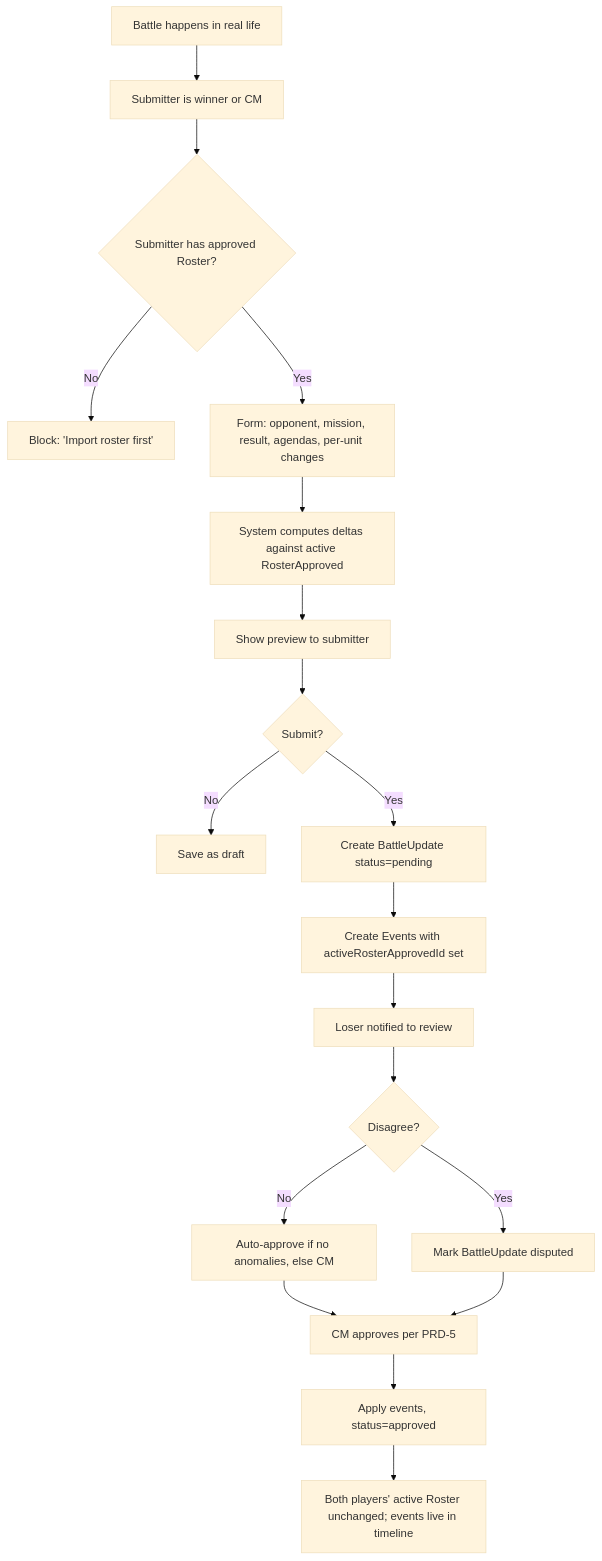
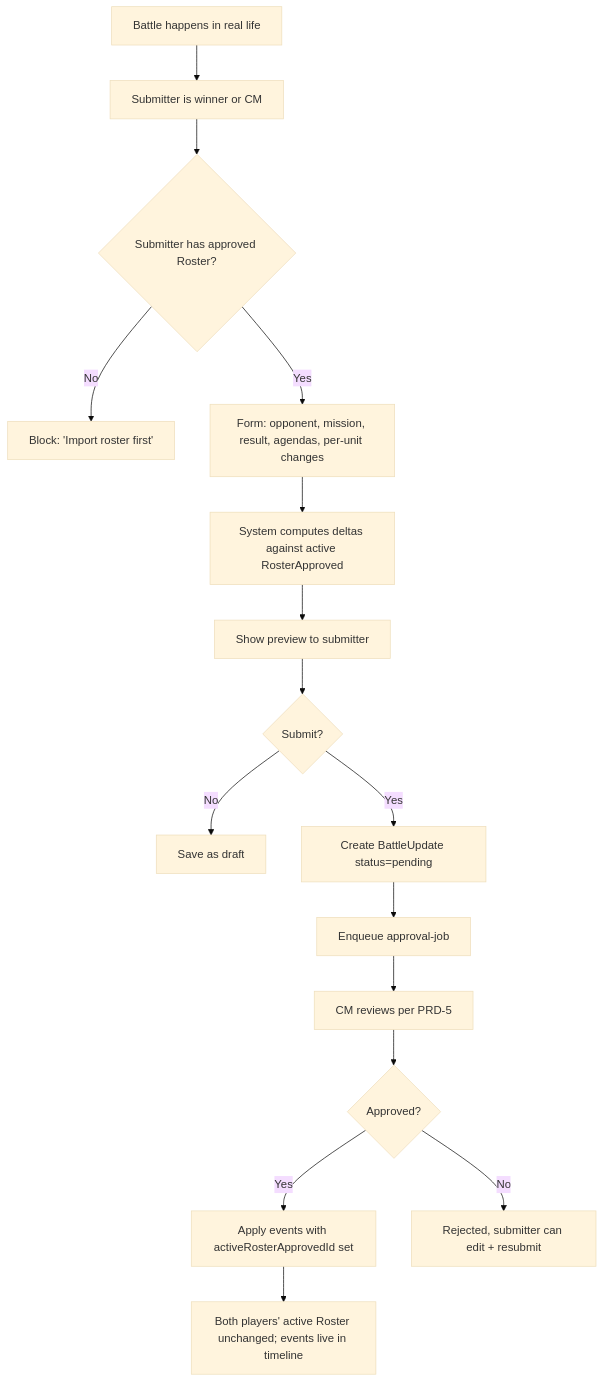
The first of 3 diagrams in prd-4-events-deltas.md (kaykayyali/crusade-master-prds), drawn with Mermaid (base theme) before and after one commit. The commit also changed other lines of this file and 12 other files, not shown here.

````diff
--- a/prd-4-events-deltas.md
+++ b/prd-4-events-deltas.md
@@ -124,21 +127,18 @@
 ```mermaid
 flowchart TD
     A[Battle happens in real life] --> B[Submitter is winner or CM]
     B --> C{Submitter has approved Roster?}
     C -->|No| D[Block: 'Import roster first']
     C -->|Yes| E[Form: opponent, mission, result, agendas, per-unit changes]
     E --> F[System computes deltas against active RosterApproved]
     F --> G[Show preview to submitter]
     G --> H{Submit?}
     H -->|No| I[Save as draft]
     H -->|Yes| J[Create BattleUpdate status=pending]
-    J --> K[Create Events with activeRosterApprovedId set]
-    K --> L[Loser notified to review]
-    L --> M{Disagree?}
-    M -->|No| N[Auto-approve if no anomalies, else CM]
-    M -->|Yes| O[Mark BattleUpdate disputed]
-    N --> P[CM approves per PRD-5]
-    O --> P
-    P --> Q[Apply events, status=approved]
-    Q --> R[Both players' active Roster unchanged; events live in timeline]
+    J --> K[Enqueue approval-job]
+    K --> L[CM reviews per PRD-5]
+    L --> M{Approved?}
+    M -->|Yes| N[Apply events with activeRosterApprovedId set]
+    M -->|No| O[Rejected, submitter can edit + resubmit]
+    N --> P[Both players' active Roster unchanged; events live in timeline]
 ```
````
